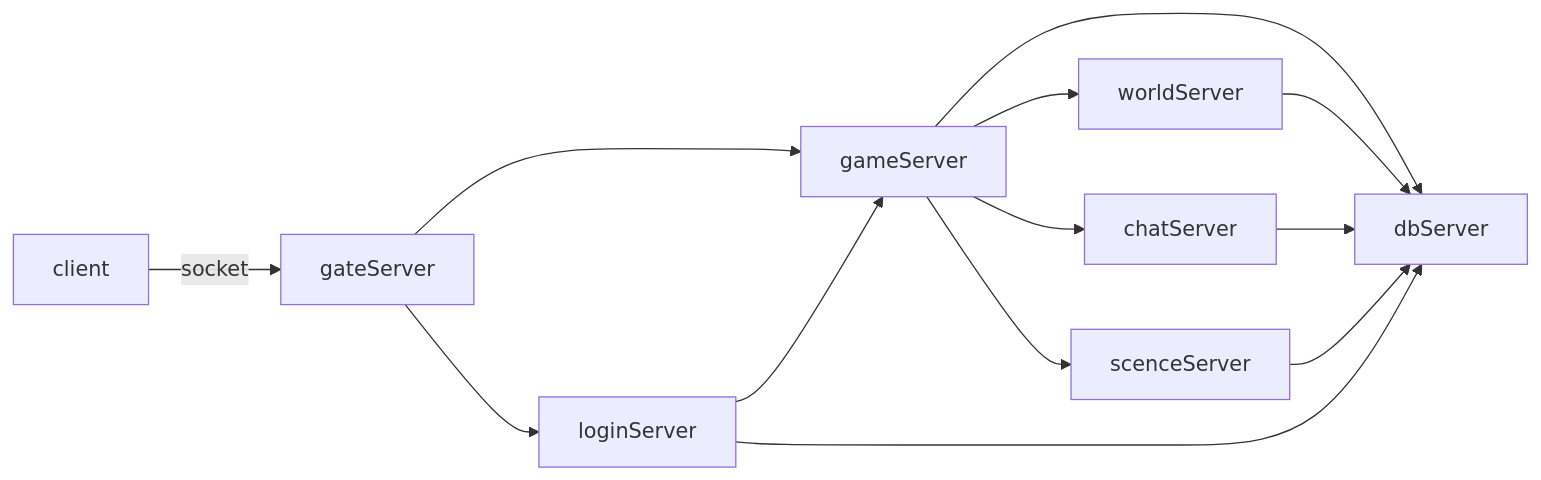
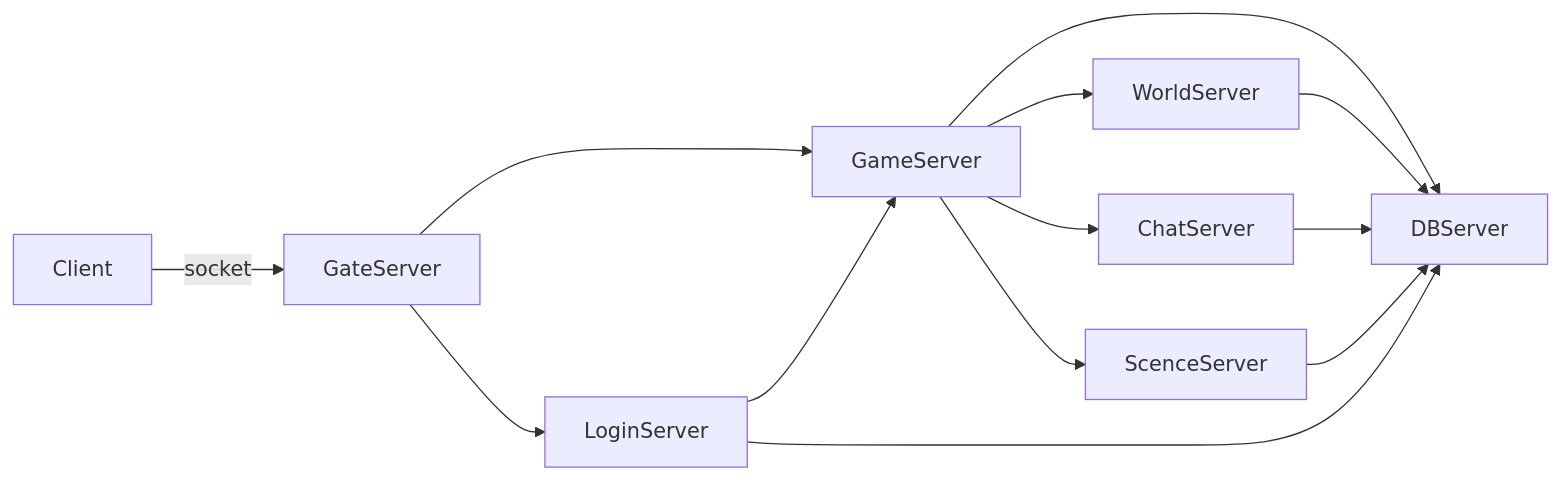
The fourth of 4 diagrams in PROJ/game_server_develop.md (hanjingo/doc), drawn with Mermaid before and after one commit. The commit also changed other lines of this file and 6 other files, not shown here.

````diff
--- a/PROJ/game_server_develop.md
+++ b/PROJ/game_server_develop.md
@@ -36,10 +54,10 @@
 ```mermaid
 graph LR
-client --socket--> gateServer --> gameServer --> dbServer
-gateServer --> loginServer
-loginServer --> gameServer
-gameServer --> worldServer --> dbServer
-gameServer --> chatServer --> dbServer
-gameServer --> scenceServer --> dbServer
-loginServer --> dbServer
+Client --socket--> GateServer --> GameServer --> DBServer
+GateServer --> LoginServer
+LoginServer --> GameServer
+GameServer --> WorldServer --> DBServer
+GameServer --> ChatServer --> DBServer
+GameServer --> ScenceServer --> DBServer
+LoginServer --> DBServer
 ```
````
